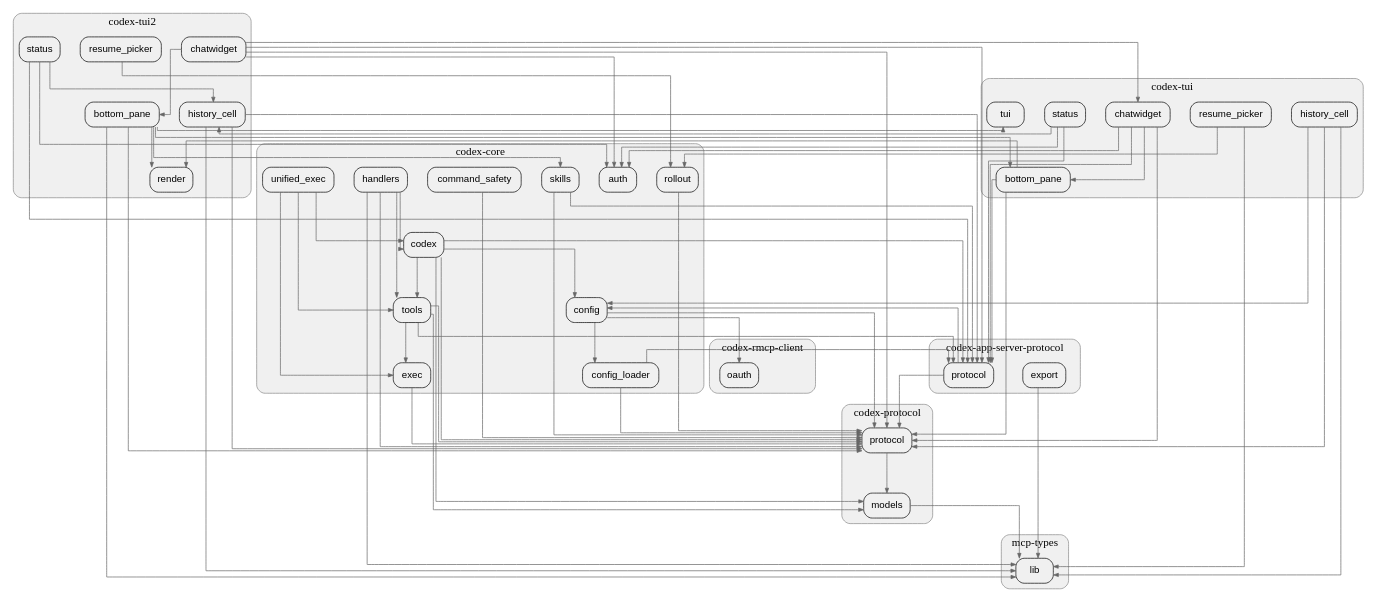
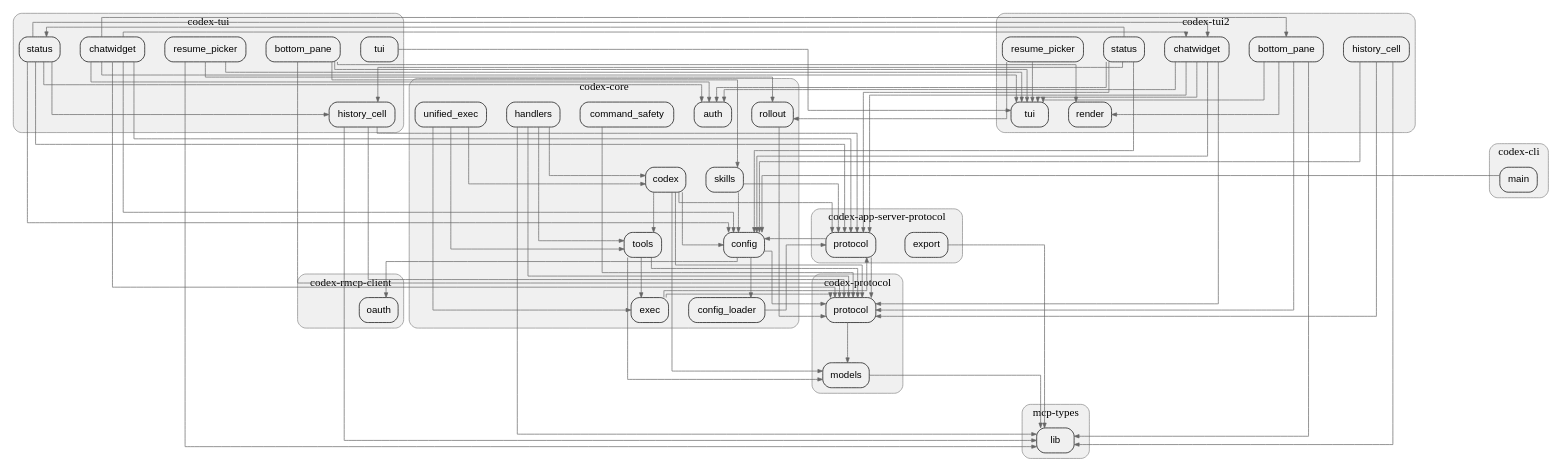
One commit to allenanswerzq/llmcc changed the diagram in sample/codex-pagerank/depth_2_module.dot. Above: the diagram before and after it, drawn with Graphviz. The commit also changed 194 other files, not shown here.

```diff
--- a/sample/codex-pagerank/depth_2_module.dot
+++ b/sample/codex-pagerank/depth_2_module.dot
@@ -1,173 +1,193 @@
 digraph architecture {
   // Layout settings
   rankdir=TB;
   ranksep=0.8;
   nodesep=0.4;
   splines=ortho;
   concentrate=true;
 
   node [shape=box, style="rounded,filled", fillcolor="#f0f0f0", fontname="Helvetica"];
   edge [color="#666666", arrowsize=0.7];
 
   labelloc=t;
   fontsize=16;
   fontname="Helvetica Bold";
 
   subgraph cluster_codex_app_server_protocol {
     label="codex-app-server-protocol";
     style=rounded;
     color="#888888";
     bgcolor="#f0f0f0";
     fontname="Helvetica Bold";
 
     mod_codex_app_server_protocol_export[label="export"];
     mod_codex_app_server_protocol_protocol[label="protocol"];
+  }
+
+  subgraph cluster_codex_cli {
+    label="codex-cli";
+    style=rounded;
+    color="#888888";
+    bgcolor="#f0f0f0";
+    fontname="Helvetica Bold";
+
+    mod_codex_cli_main[label="main"];
   }
 
   subgraph cluster_codex_core {
     label="codex-core";
     style=rounded;
     color="#888888";
     bgcolor="#f0f0f0";
     fontname="Helvetica Bold";
 
     mod_codex_core_auth[label="auth"];
     mod_codex_core_codex[label="codex"];
     mod_codex_core_command_safety[label="command_safety"];
     mod_codex_core_config[label="config"];
     mod_codex_core_config_loader[label="config_loader"];
     mod_codex_core_exec[label="exec"];
     mod_codex_core_handlers[label="handlers"];
     mod_codex_core_rollout[label="rollout"];
     mod_codex_core_skills[label="skills"];
     mod_codex_core_tools[label="tools"];
     mod_codex_core_unified_exec[label="unified_exec"];
   }
 
   subgraph cluster_codex_protocol {
     label="codex-protocol";
     style=rounded;
     color="#888888";
     bgcolor="#f0f0f0";
     fontname="Helvetica Bold";
 
     mod_codex_protocol_models[label="models"];
     mod_codex_protocol_protocol[label="protocol"];
   }
 
   subgraph cluster_codex_rmcp_client {
     label="codex-rmcp-client";
     style=rounded;
     color="#888888";
     bgcolor="#f0f0f0";
     fontname="Helvetica Bold";
 
     mod_codex_rmcp_client_oauth[label="oauth"];
   }
 
   subgraph cluster_codex_tui {
     label="codex-tui";
     style=rounded;
     color="#888888";
     bgcolor="#f0f0f0";
     fontname="Helvetica Bold";
 
     mod_codex_tui_bottom_pane[label="bottom_pane"];
     mod_codex_tui_chatwidget[label="chatwidget"];
     mod_codex_tui_history_cell[label="history_cell"];
     mod_codex_tui_resume_picker[label="resume_picker"];
     mod_codex_tui_status[label="status"];
     mod_codex_tui_tui[label="tui"];
   }
 
   subgraph cluster_codex_tui2 {
     label="codex-tui2";
     style=rounded;
     color="#888888";
     bgcolor="#f0f0f0";
     fontname="Helvetica Bold";
 
     mod_codex_tui2_bottom_pane[label="bottom_pane"];
     mod_codex_tui2_chatwidget[label="chatwidget"];
     mod_codex_tui2_history_cell[label="history_cell"];
     mod_codex_tui2_render[label="render"];
     mod_codex_tui2_resume_picker[label="resume_picker"];
     mod_codex_tui2_status[label="status"];
+    mod_codex_tui2_tui[label="tui"];
   }
 
   subgraph cluster_mcp_types {
     label="mcp-types";
     style=rounded;
     color="#888888";
     bgcolor="#f0f0f0";
     fontname="Helvetica Bold";
 
     mod_mcp_types_lib[label="lib"];
   }
 
 
   mod_codex_app_server_protocol_export -> mod_mcp_types_lib;
   mod_codex_app_server_protocol_protocol -> mod_codex_core_config;
   mod_codex_app_server_protocol_protocol -> mod_codex_protocol_protocol;
+  mod_codex_cli_main -> mod_codex_core_config;
   mod_codex_core_codex -> mod_codex_app_server_protocol_protocol;
   mod_codex_core_codex -> mod_codex_core_config;
   mod_codex_core_codex -> mod_codex_core_tools;
   mod_codex_core_codex -> mod_codex_protocol_models;
   mod_codex_core_codex -> mod_codex_protocol_protocol;
   mod_codex_core_command_safety -> mod_codex_protocol_protocol;
   mod_codex_core_config -> mod_codex_core_config_loader;
   mod_codex_core_config -> mod_codex_protocol_protocol;
   mod_codex_core_config -> mod_codex_rmcp_client_oauth;
   mod_codex_core_config_loader -> mod_codex_app_server_protocol_protocol;
-  mod_codex_core_config_loader -> mod_codex_protocol_protocol;
+  mod_codex_core_exec -> mod_codex_app_server_protocol_protocol;
   mod_codex_core_exec -> mod_codex_protocol_protocol;
   mod_codex_core_handlers -> mod_codex_core_codex;
   mod_codex_core_handlers -> mod_codex_core_tools;
   mod_codex_core_handlers -> mod_codex_protocol_protocol;
   mod_codex_core_handlers -> mod_mcp_types_lib;
   mod_codex_core_rollout -> mod_codex_protocol_protocol;
   mod_codex_core_skills -> mod_codex_app_server_protocol_protocol;
-  mod_codex_core_skills -> mod_codex_protocol_protocol;
-  mod_codex_core_tools -> mod_codex_app_server_protocol_protocol;
+  mod_codex_core_skills -> mod_codex_core_config;
   mod_codex_core_tools -> mod_codex_core_exec;
   mod_codex_core_tools -> mod_codex_protocol_models;
   mod_codex_core_tools -> mod_codex_protocol_protocol;
   mod_codex_core_unified_exec -> mod_codex_core_codex;
   mod_codex_core_unified_exec -> mod_codex_core_exec;
   mod_codex_core_unified_exec -> mod_codex_core_tools;
   mod_codex_protocol_models -> mod_mcp_types_lib;
   mod_codex_protocol_protocol -> mod_codex_protocol_models;
-  mod_codex_tui2_bottom_pane -> mod_codex_core_skills;
   mod_codex_tui2_bottom_pane -> mod_codex_protocol_protocol;
   mod_codex_tui2_bottom_pane -> mod_codex_tui2_render;
-  mod_codex_tui2_bottom_pane -> mod_codex_tui_bottom_pane;
-  mod_codex_tui2_bottom_pane -> mod_codex_tui_tui;
+  mod_codex_tui2_bottom_pane -> mod_codex_tui2_tui;
   mod_codex_tui2_bottom_pane -> mod_mcp_types_lib;
   mod_codex_tui2_chatwidget -> mod_codex_app_server_protocol_protocol;
   mod_codex_tui2_chatwidget -> mod_codex_core_auth;
+  mod_codex_tui2_chatwidget -> mod_codex_core_config;
   mod_codex_tui2_chatwidget -> mod_codex_protocol_protocol;
-  mod_codex_tui2_chatwidget -> mod_codex_tui2_bottom_pane;
-  mod_codex_tui2_chatwidget -> mod_codex_tui_chatwidget;
-  mod_codex_tui2_history_cell -> mod_codex_app_server_protocol_protocol;
+  mod_codex_tui2_chatwidget -> mod_codex_tui2_tui;
+  mod_codex_tui2_history_cell -> mod_codex_core_config;
   mod_codex_tui2_history_cell -> mod_codex_protocol_protocol;
   mod_codex_tui2_history_cell -> mod_mcp_types_lib;
   mod_codex_tui2_resume_picker -> mod_codex_core_rollout;
+  mod_codex_tui2_resume_picker -> mod_codex_tui2_tui;
   mod_codex_tui2_status -> mod_codex_app_server_protocol_protocol;
   mod_codex_tui2_status -> mod_codex_core_auth;
-  mod_codex_tui2_status -> mod_codex_tui2_history_cell;
-  mod_codex_tui_bottom_pane -> mod_codex_app_server_protocol_protocol;
+  mod_codex_tui2_status -> mod_codex_core_config;
+  mod_codex_tui2_status -> mod_codex_tui_history_cell;
+  mod_codex_tui2_status -> mod_codex_tui_status;
+  mod_codex_tui_bottom_pane -> mod_codex_core_skills;
   mod_codex_tui_bottom_pane -> mod_codex_protocol_protocol;
   mod_codex_tui_bottom_pane -> mod_codex_tui2_render;
+  mod_codex_tui_bottom_pane -> mod_codex_tui2_tui;
   mod_codex_tui_chatwidget -> mod_codex_app_server_protocol_protocol;
   mod_codex_tui_chatwidget -> mod_codex_core_auth;
+  mod_codex_tui_chatwidget -> mod_codex_core_config;
   mod_codex_tui_chatwidget -> mod_codex_protocol_protocol;
-  mod_codex_tui_chatwidget -> mod_codex_tui_bottom_pane;
-  mod_codex_tui_history_cell -> mod_codex_core_config;
+  mod_codex_tui_chatwidget -> mod_codex_tui2_bottom_pane;
+  mod_codex_tui_chatwidget -> mod_codex_tui2_chatwidget;
+  mod_codex_tui_chatwidget -> mod_codex_tui2_tui;
+  mod_codex_tui_history_cell -> mod_codex_app_server_protocol_protocol;
   mod_codex_tui_history_cell -> mod_codex_protocol_protocol;
   mod_codex_tui_history_cell -> mod_mcp_types_lib;
   mod_codex_tui_resume_picker -> mod_codex_core_rollout;
+  mod_codex_tui_resume_picker -> mod_codex_tui2_tui;
   mod_codex_tui_resume_picker -> mod_mcp_types_lib;
   mod_codex_tui_status -> mod_codex_app_server_protocol_protocol;
   mod_codex_tui_status -> mod_codex_core_auth;
-  mod_codex_tui_status -> mod_codex_tui2_history_cell;
+  mod_codex_tui_status -> mod_codex_core_config;
+  mod_codex_tui_status -> mod_codex_tui2_chatwidget;
+  mod_codex_tui_status -> mod_codex_tui_history_cell;
+  mod_codex_tui_tui -> mod_codex_tui2_tui;
 }
```
